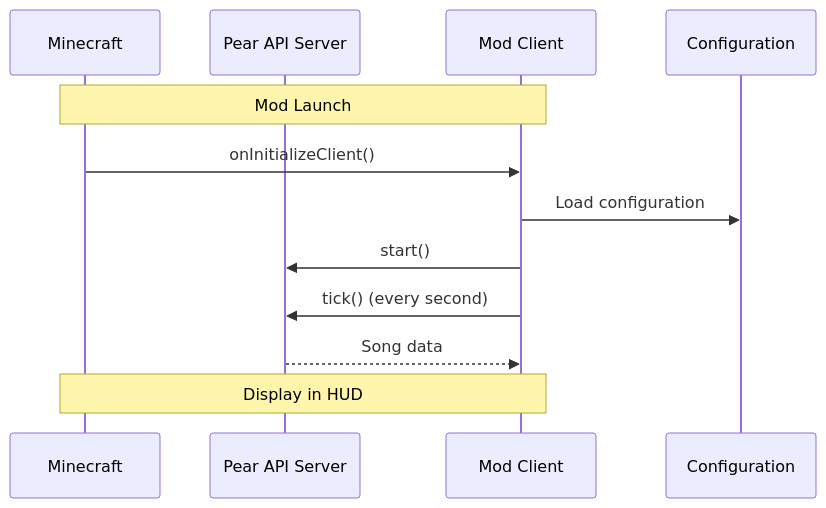
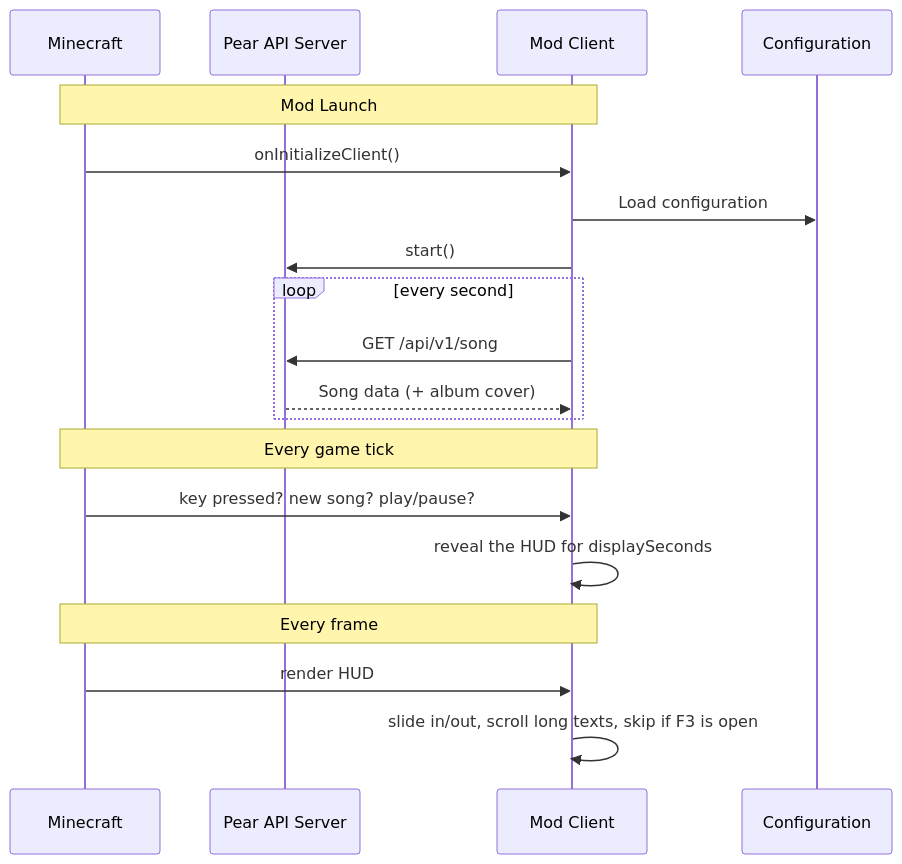
One commit to JusteKal/mc_pearhud changed the diagram in README.md. Above: the diagram before and after it, drawn with Mermaid. The commit also changed other lines of this file and 5 other files, not shown here.

First line of the commit message:
feat: scrolling text, auto-docking HUD and configurable key

````diff
--- a/README.md
+++ b/README.md
@@ -127,18 +198,26 @@
 ```mermaid
 sequenceDiagram
     participant Minecraft as Minecraft
     participant PearApi as Pear API Server
     participant PearHudClient as Mod Client
-    Participant Config as Configuration
+    participant Config as Configuration
 
     Note over Minecraft,PearHudClient: Mod Launch
 
     Minecraft->>PearHudClient: onInitializeClient()
     PearHudClient->>Config: Load configuration
     PearHudClient->>PearApi: start()
 
-    PearHudClient->>PearApi: tick() (every second)
-    PearApi-->>PearHudClient: Song data
+    loop every second
+        PearHudClient->>PearApi: GET /api/v1/song
+        PearApi-->>PearHudClient: Song data (+ album cover)
+    end
 
-    Note over Minecraft,PearHudClient: Display in HUD
+    Note over Minecraft,PearHudClient: Every game tick
+    Minecraft->>PearHudClient: key pressed? new song? play/pause?
+    PearHudClient->>PearHudClient: reveal the HUD for displaySeconds
+
+    Note over Minecraft,PearHudClient: Every frame
+    Minecraft->>PearHudClient: render HUD
+    PearHudClient->>PearHudClient: slide in/out, scroll long texts, skip if F3 is open
 ```
````
